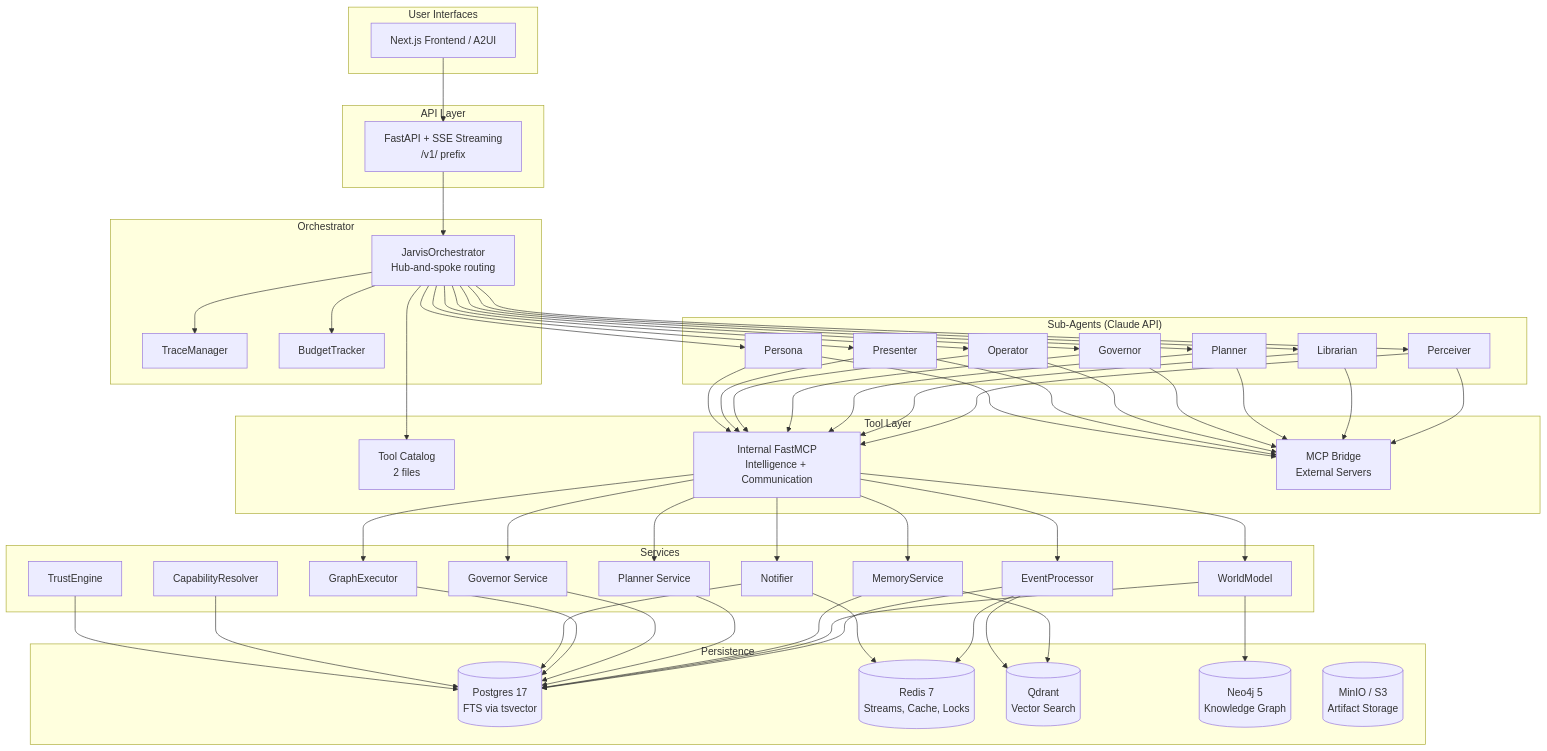
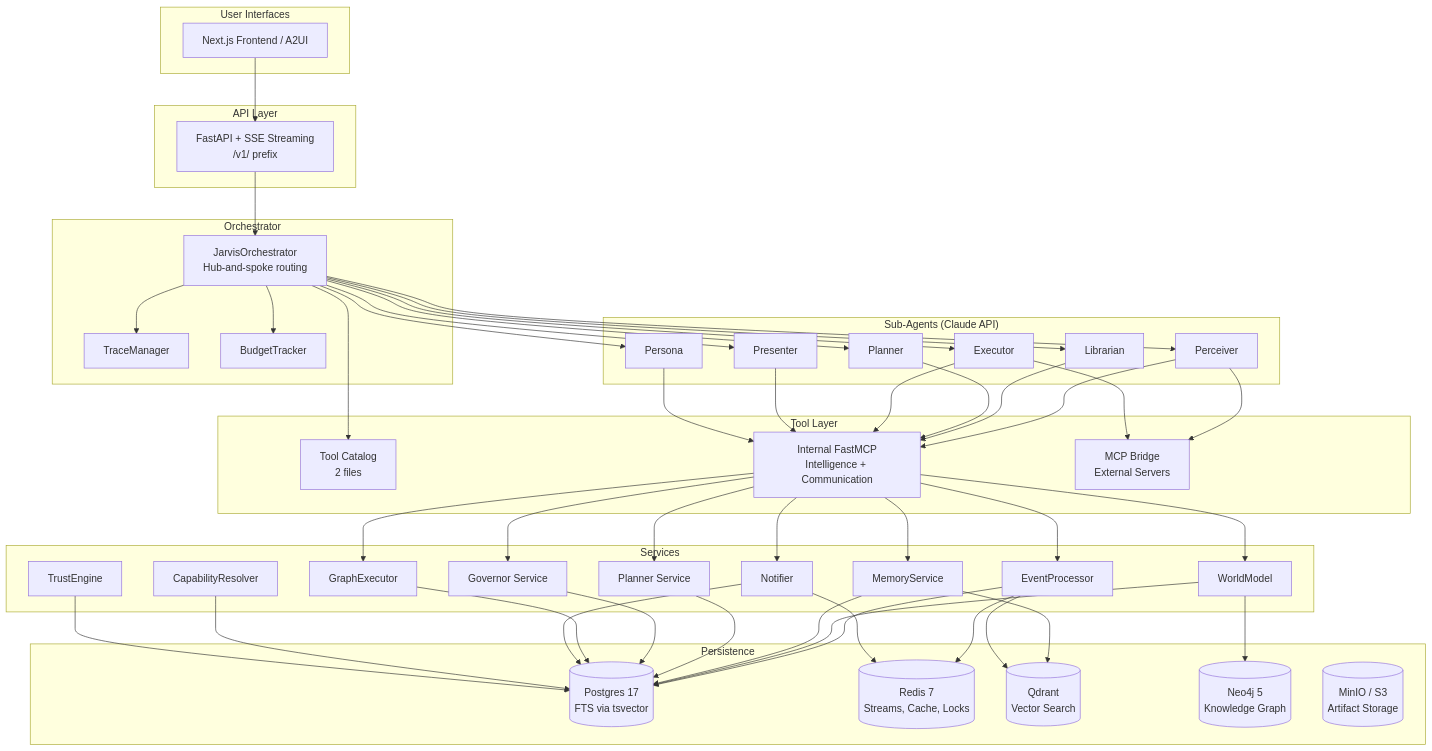
Before and after one commit to shivadharmi/muldro: the first of 2 diagrams in docs/architecture/overview.md, drawn with Mermaid. The commit also changed other lines of this file and 14 other files, not shown here.

First line of the commit message:
docs: sync durable architecture docs with post-rebuild code

````diff
--- a/docs/architecture/overview.md
+++ b/docs/architecture/overview.md
@@ -15,66 +15,65 @@
 ```mermaid
 graph TB
     subgraph "User Interfaces"
         WEB[Next.js Frontend / A2UI]
     end
 
     subgraph "API Layer"
         API[FastAPI + SSE Streaming<br/>/v1/ prefix]
     end
 
     subgraph "Orchestrator"
         ORCH[JarvisOrchestrator<br/>Hub-and-spoke routing]
         TRACE[TraceManager]
         BUDGET[BudgetTracker]
     end
 
     subgraph "Sub-Agents (Claude API)"
         PCV[Perceiver]
         LIB[Librarian]
         PLN[Planner]
-        GOV[Governor]
-        OPR[Operator]
+        EXE[Executor]
         PRS[Presenter]
         PER[Persona]
     end
 
     subgraph "Tool Layer"
         CAT[Tool Catalog<br/>2 files]
         INT[Internal FastMCP<br/>Intelligence + Communication]
         MCP[MCP Bridge<br/>External Servers]
     end
 
     subgraph "Services"
         EP[EventProcessor]
         WM[WorldModel]
         MS[MemoryService]
         PL[Planner Service]
         GV[Governor Service]
         GE[GraphExecutor]
         NT[Notifier]
         CR[CapabilityResolver]
         TE[TrustEngine]
     end
 
     subgraph "Persistence"
         PG[(Postgres 17<br/>FTS via tsvector)]
         RD[(Redis 7<br/>Streams, Cache, Locks)]
         QD[(Qdrant<br/>Vector Search)]
         N4J[(Neo4j 5<br/>Knowledge Graph)]
         S3[(MinIO / S3<br/>Artifact Storage)]
     end
 
     WEB --> API
     API --> ORCH
-    ORCH --> PCV & LIB & PLN & GOV & OPR & PRS & PER
+    ORCH --> PCV & LIB & PLN & EXE & PRS & PER
     ORCH --> TRACE & BUDGET
-    PCV & LIB & PLN & GOV & OPR & PRS & PER --> INT
-    PCV & LIB & PLN & GOV & OPR & PRS & PER --> MCP
+    PCV & LIB & PLN & EXE & PRS & PER --> INT
+    PCV & EXE --> MCP
     INT --> EP & WM & MS & PL & GV & GE & NT
     ORCH --> CAT
     EP & WM & MS & PL & GV & GE & NT & CR & TE --> PG
     EP & NT --> RD
     WM --> N4J
     MS --> QD
     EP --> QD
 ```
````
